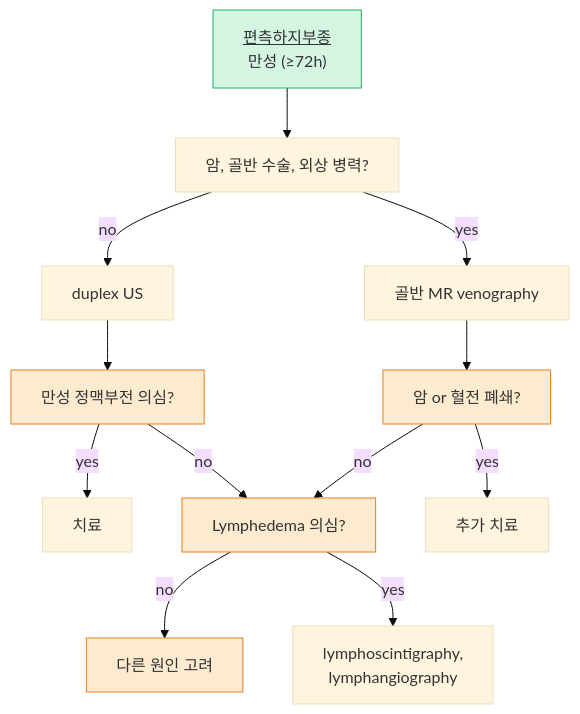
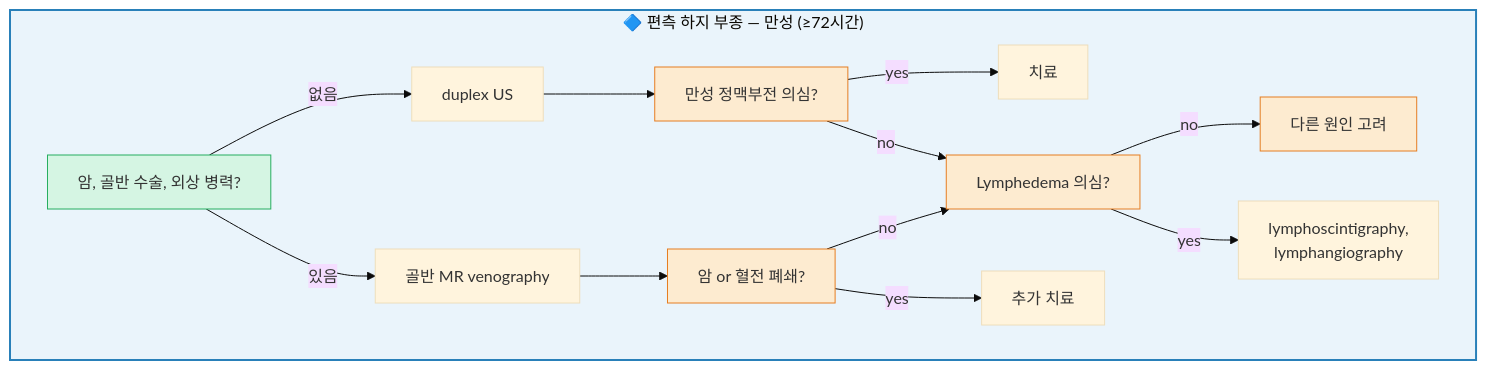
Before and after one commit to familyoh77/familyoh77: the second of 4 diagrams in 220_/012_-edema.md, drawn with Mermaid (base theme). The commit also changed other lines of this file, not shown here.

````diff
--- a/220_/012_-edema.md
+++ b/220_/012_-edema.md
@@ -176,24 +200,24 @@
 ```mermaid
 graph TD
-    A["<u>편측하지부종</u><br/>만성 (≥72h)"] --> B["암, 골반 수술, 외상 병력?"]
-    
-    B -- "no" --> C["duplex US"]
-    B -- "yes" --> D["골반 MR venography"]
-    
-    C --> E["만성 정맥부전 의심?"]
-    E -- "yes" --> F["치료"]
-    E -- "no" --> G["Lymphedema 의심?"]
-    
-    D --> H["암 or 혈전 폐쇄?"]
-    H -- "no" --> G
-    H -- "yes" --> I["추가 치료"]
-    
-    G -- "no" --> J["다른 원인 고려"]
-    G -- "yes" --> K["lymphoscintigraphy,<br/>lymphangiography"]
-    
-    style A fill:#d5f5e3,stroke:#27ae60
-    style H fill:#fdebd0,stroke:#e67e22
-    style E fill:#fdebd0,stroke:#e67e22
-    style G fill:#fdebd0,stroke:#e67e22
-    style J fill:#fdebd0,stroke:#e67e22
+    subgraph SG2["🔷 편측 하지 부종 — 만성 (≥72시간)"]
+        B2["암, 골반 수술, 외상 병력?"]
+        B2 -- "없음" --> C2["duplex US"]
+        B2 -- "있음" --> D2["골반 MR venography"]
+        C2 --> E2["만성 정맥부전 의심?"]
+        E2 -- "yes" --> F2["치료"]
+        E2 -- "no" --> G2["Lymphedema 의심?"]
+        D2 --> H2["암 or 혈전 폐쇄?"]
+        H2 -- "no" --> G2
+        H2 -- "yes" --> I2["추가 치료"]
+        G2 -- "no" --> J2["다른 원인 고려"]
+        G2 -- "yes" --> K2["lymphoscintigraphy,
+lymphangiography"]
+    end
+
+    style SG2 fill:#eaf4fb,stroke:#2980b9,stroke-width:2px
+    style B2 fill:#d5f5e3,stroke:#27ae60
+    style H2 fill:#fdebd0,stroke:#e67e22
+    style E2 fill:#fdebd0,stroke:#e67e22
+    style G2 fill:#fdebd0,stroke:#e67e22
+    style J2 fill:#fdebd0,stroke:#e67e22
 ```
````
